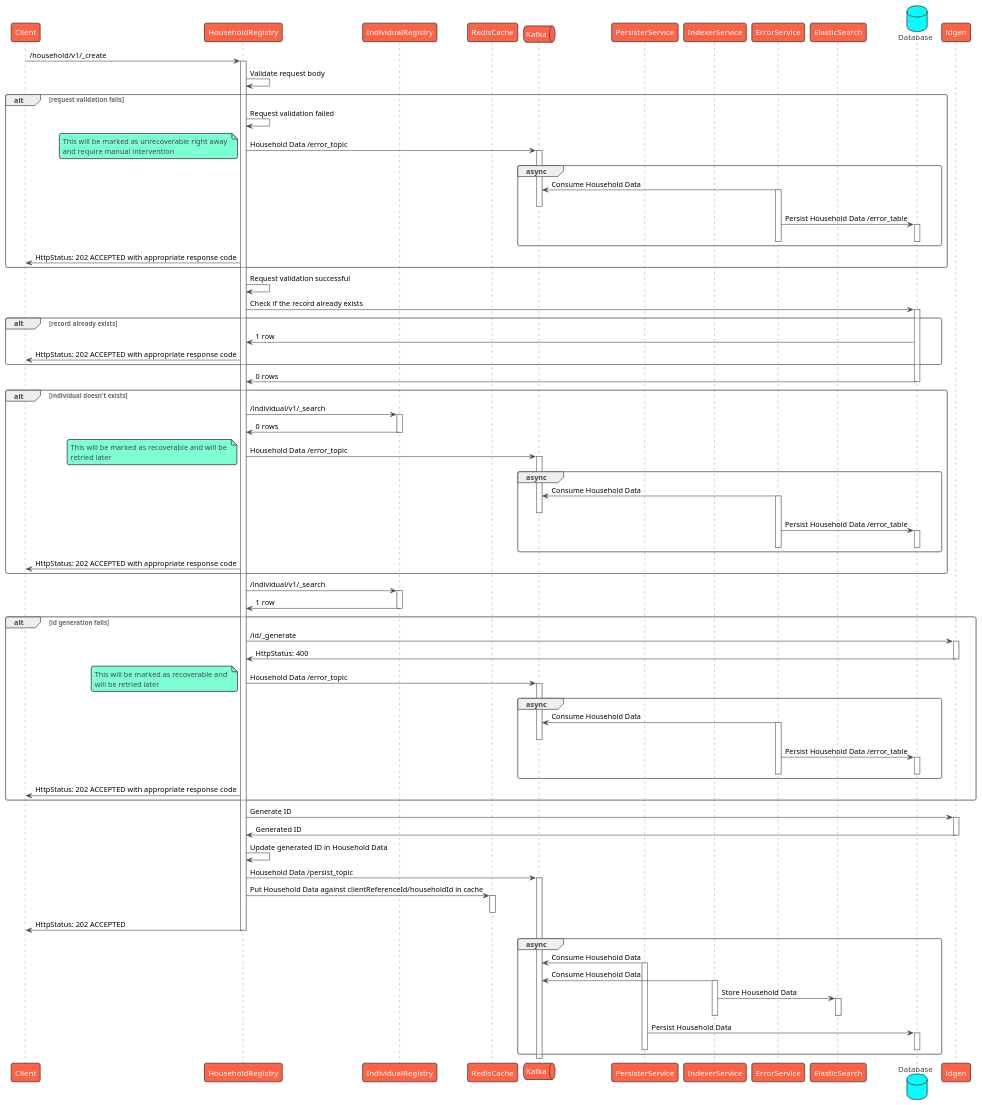
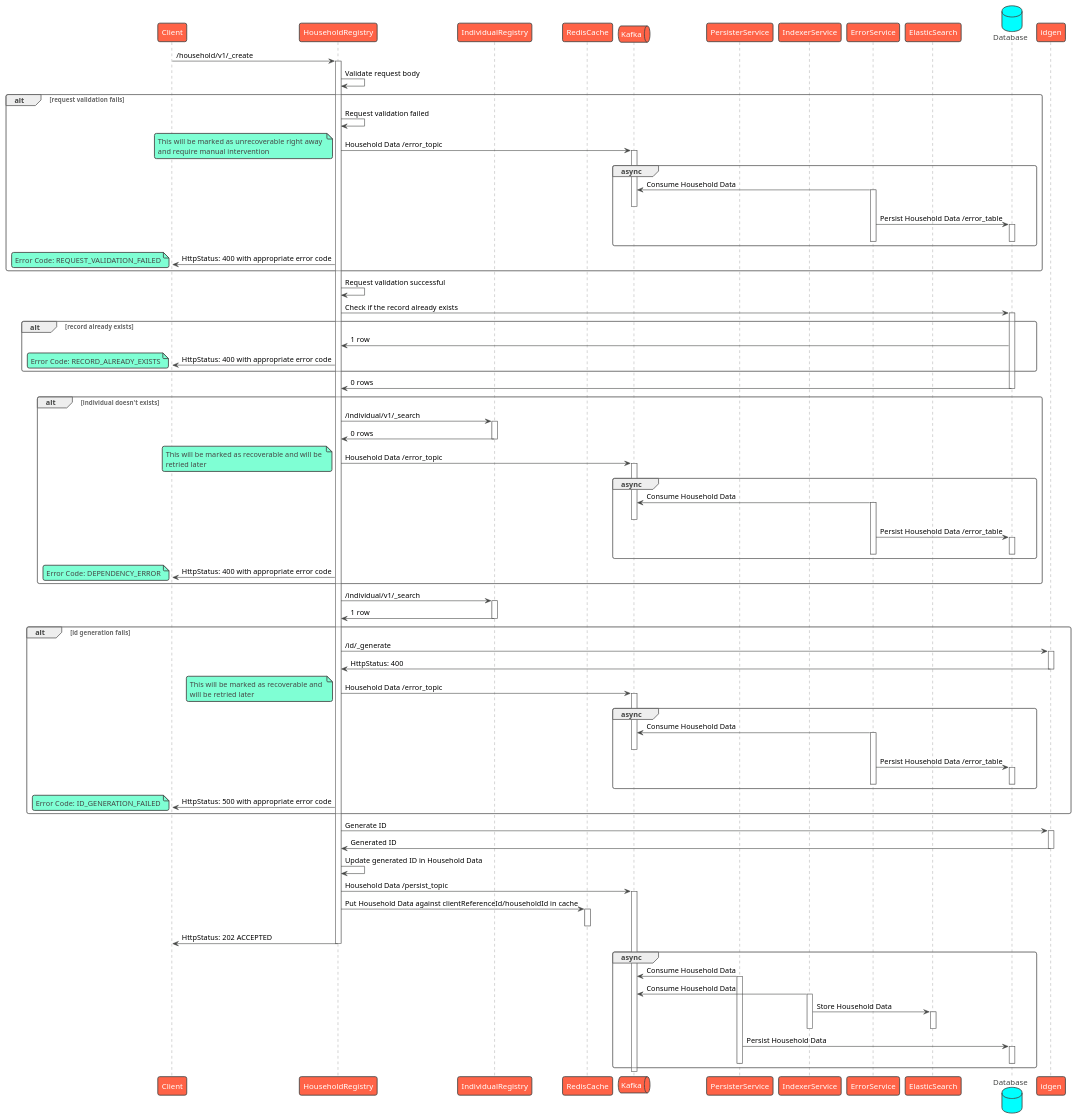
One commit to egovernments/health-api-specs changed the diagram in contracts/registries/household/sequence/create.puml. Above: the diagram before and after it, drawn with PlantUML.

Commit message:
Sequence: Updated household create

```diff
--- a/contracts/registries/household/sequence/create.puml
+++ b/contracts/registries/household/sequence/create.puml
@@ -1,119 +1,131 @@
 @startuml Household Registry - Create
 !theme vibrant
 participant Client as c
 participant HouseholdRegistry as hr
 participant IndividualRegistry as ir
 participant RedisCache as rc
 queue Kafka as k
 participant PersisterService as prs
 participant IndexerService as idx
 participant ErrorService as es
 participant ElasticSearch as el
 database Database as db
 c -> hr : /household/v1/_create
 activate hr
 hr -> hr: Validate request body
 alt request validation fails
     hr -> hr: Request validation failed
     hr -> k: Household Data /error_topic
     note left
         This will be marked as unrecoverable right away 
         and require manual intervention
     end note
     activate k
     group async
         es -> k: Consume Household Data
         activate es
         deactivate k
         es -> db: Persist Household Data /error_table
         activate db
         deactivate db
         deactivate es
     end
-    hr -> c: HttpStatus: 202 ACCEPTED with appropriate response code
+    hr -> c: HttpStatus: 400 with appropriate error code
+    note left
+        Error Code: REQUEST_VALIDATION_FAILED
+    end note
 end
 hr -> hr: Request validation successful
 hr -> db: Check if the record already exists
 alt record already exists
     activate db
     db -> hr: 1 row
-    hr -> c: HttpStatus: 202 ACCEPTED with appropriate response code
+    hr -> c: HttpStatus: 400 with appropriate error code
+    note left
+        Error Code: RECORD_ALREADY_EXISTS
+    end note
 end
 db -> hr: 0 rows
 deactivate db
 alt individual doesn't exists
     hr -> ir: /individual/v1/_search
     activate ir
     ir -> hr: 0 rows
     deactivate ir
     hr -> k: Household Data /error_topic
     note left
         This will be marked as recoverable and will be 
         retried later
     end note
     activate k
     group async
         es -> k: Consume Household Data
         activate es
         deactivate k
         es -> db: Persist Household Data /error_table
         activate db
         deactivate db
         deactivate es
     end
-    hr -> c: HttpStatus: 202 ACCEPTED with appropriate response code
+    hr -> c: HttpStatus: 400 with appropriate error code
+    note left
+        Error Code: DEPENDENCY_ERROR
+    end note
 end
 hr -> ir: /individual/v1/_search
 activate ir
 ir -> hr: 1 row
 deactivate ir
 alt id generation fails
     hr -> idgen: /id/_generate
     activate idgen
     idgen -> hr: HttpStatus: 400
     deactivate idgen
     hr -> k: Household Data /error_topic
     note left
         This will be marked as recoverable and 
         will be retried later
     end note
     activate k
     group async
         es -> k: Consume Household Data
         activate es
         deactivate k
         es -> db: Persist Household Data /error_table
         activate db
         deactivate db
         deactivate es
     end
-    hr -> c: HttpStatus: 202 ACCEPTED with appropriate response code
+    hr -> c: HttpStatus: 500 with appropriate error code
+    note left
+      Error Code: ID_GENERATION_FAILED
+    end note
 end
 hr -> idgen: Generate ID
 activate idgen
 idgen -> hr: Generated ID
 deactivate idgen
 hr -> hr: Update generated ID in Household Data
 hr -> k: Household Data /persist_topic
 activate k
 hr -> rc: Put Household Data against clientReferenceId/householdId in cache
 activate rc
 deactivate rc
 hr -> c: HttpStatus: 202 ACCEPTED
 deactivate hr
 group async
     prs -> k: Consume Household Data
     activate prs
     idx -> k: Consume Household Data
     activate idx
     idx -> el: Store Household Data
     activate el
     deactivate el
     deactivate idx
     prs -> db: Persist Household Data
     activate db
     deactivate db
     deactivate prs
 end
 deactivate k
 @enduml
```
